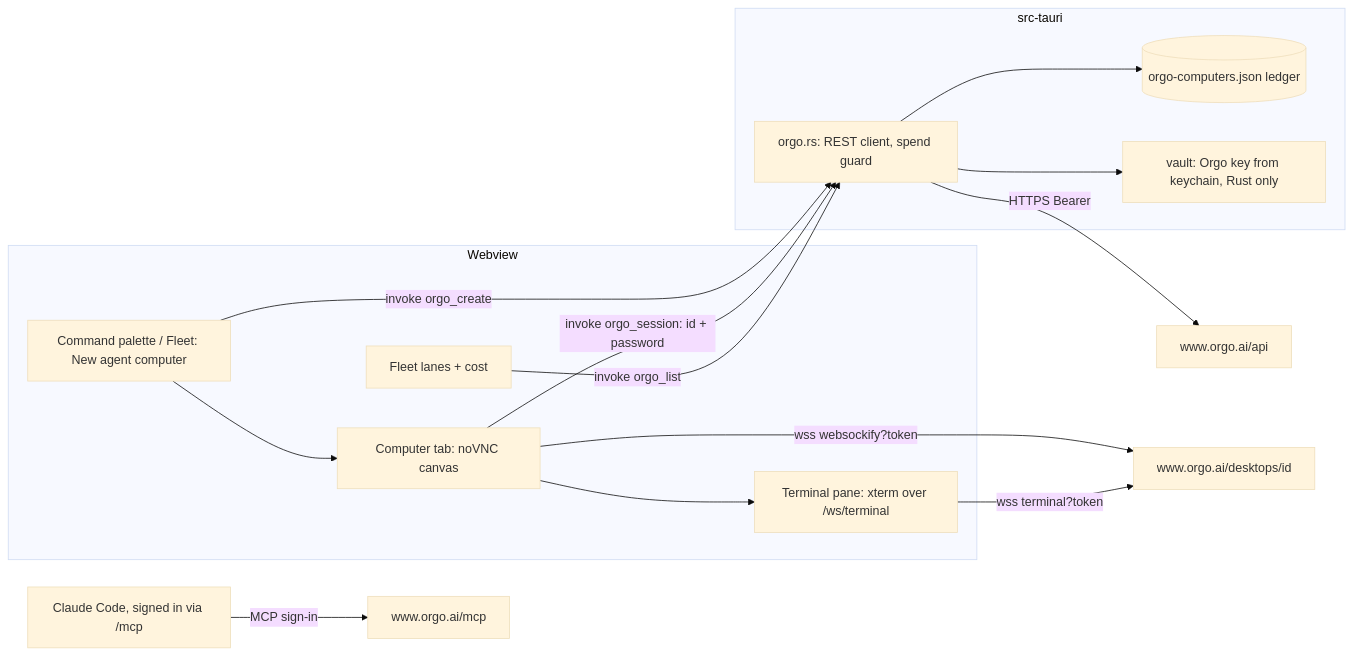
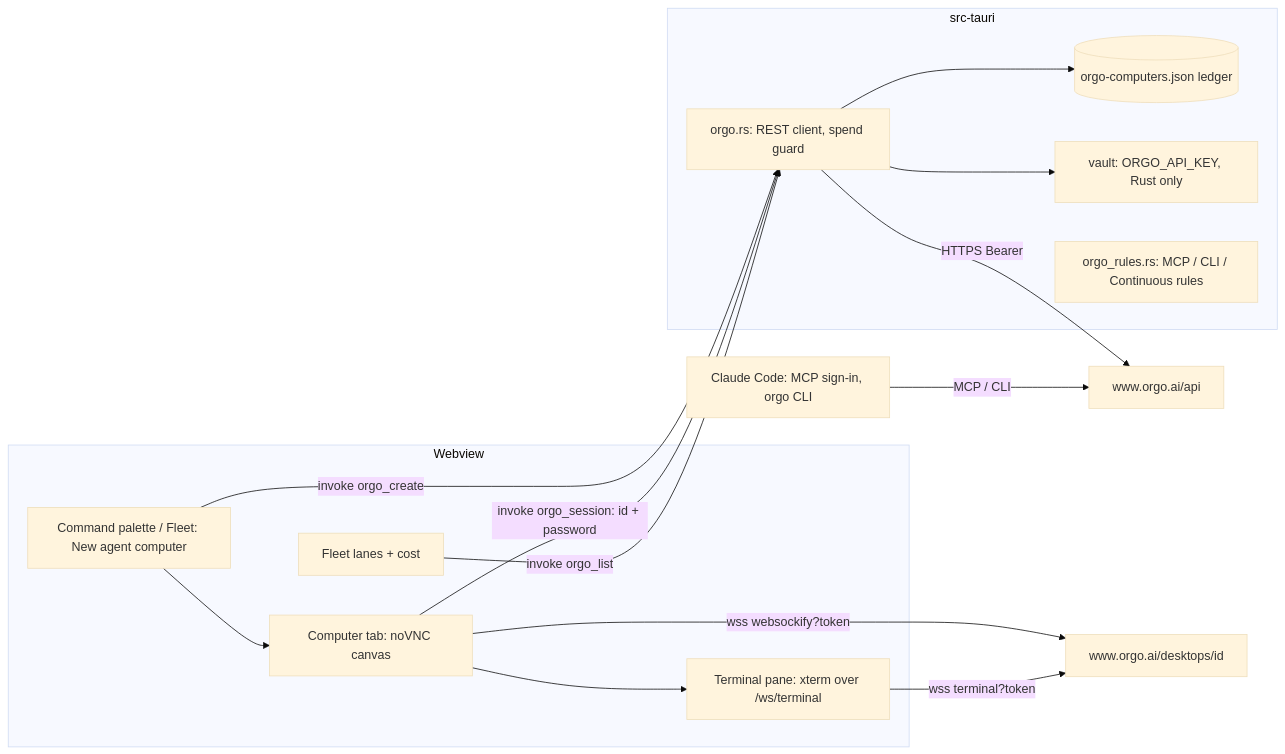
One commit to alvin-reyes/better-agentic-ide changed the first of 3 diagrams in _bmad-output/plan-orgo-agent-computers.md. Above: the diagram before and after it, drawn with Mermaid (base theme). The commit also changed other lines of this file, not shown here.

Commit message:
Plan: Orgo CLI story and Continuous-mode hard stop (review round 2)

````diff
--- a/_bmad-output/plan-orgo-agent-computers.md
+++ b/_bmad-output/plan-orgo-agent-computers.md
@@ -318,19 +505,20 @@
 ```mermaid
 flowchart LR
   subgraph Webview
     CP[Command palette / Fleet: New agent computer] --> CT[Computer tab: noVNC canvas]
     CT --> TT[Terminal pane: xterm over /ws/terminal]
     FL[Fleet lanes + cost]
   end
   subgraph Rust [src-tauri]
     OR[orgo.rs: REST client, spend guard] --> LG[(orgo-computers.json ledger)]
-    OR --> KC[vault: Orgo key from keychain, Rust only]
+    OR --> KC[vault: ORGO_API_KEY, Rust only]
+    RU[orgo_rules.rs: MCP / CLI / Continuous rules]
   end
   CP -- invoke orgo_create --> OR
   CT -- invoke orgo_session: id + password --> OR
   OR -- HTTPS Bearer --> API[www.orgo.ai/api]
   CT -- wss websockify?token --> DESK[www.orgo.ai/desktops/id]
   TT -- wss terminal?token --> DESK
   FL -- invoke orgo_list --> OR
-  CC[Claude Code, signed in via /mcp] -- MCP sign-in --> MCP[www.orgo.ai/mcp]
+  CC[Claude Code: MCP sign-in, orgo CLI] -- MCP / CLI --> API
 ```
````
